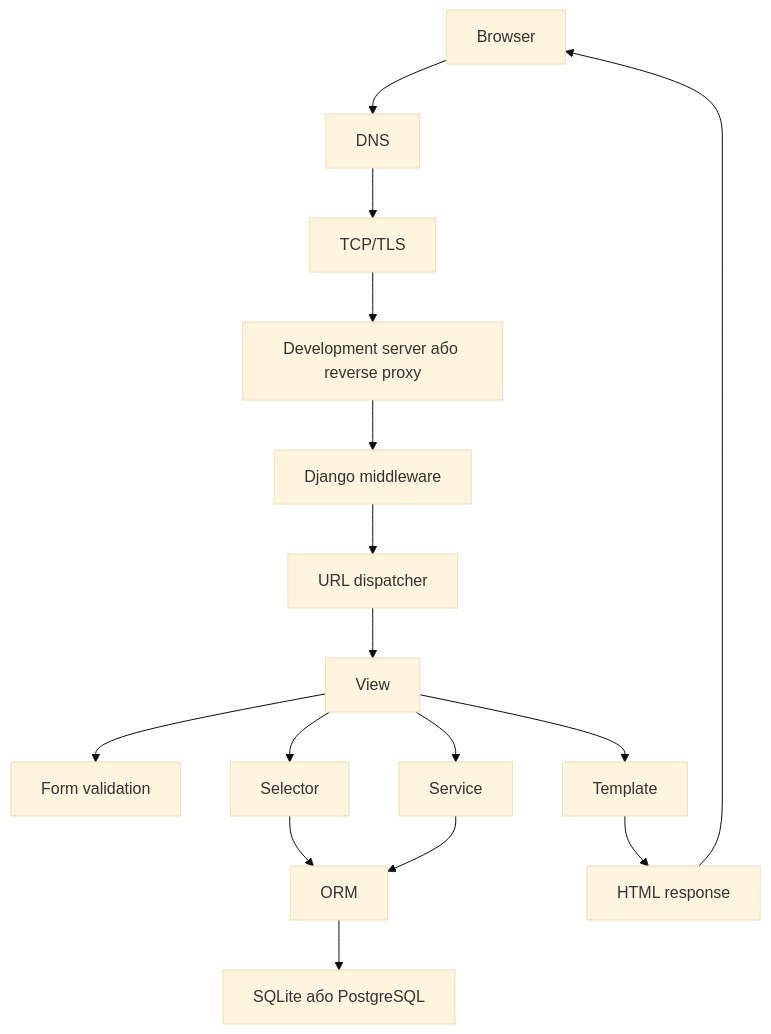
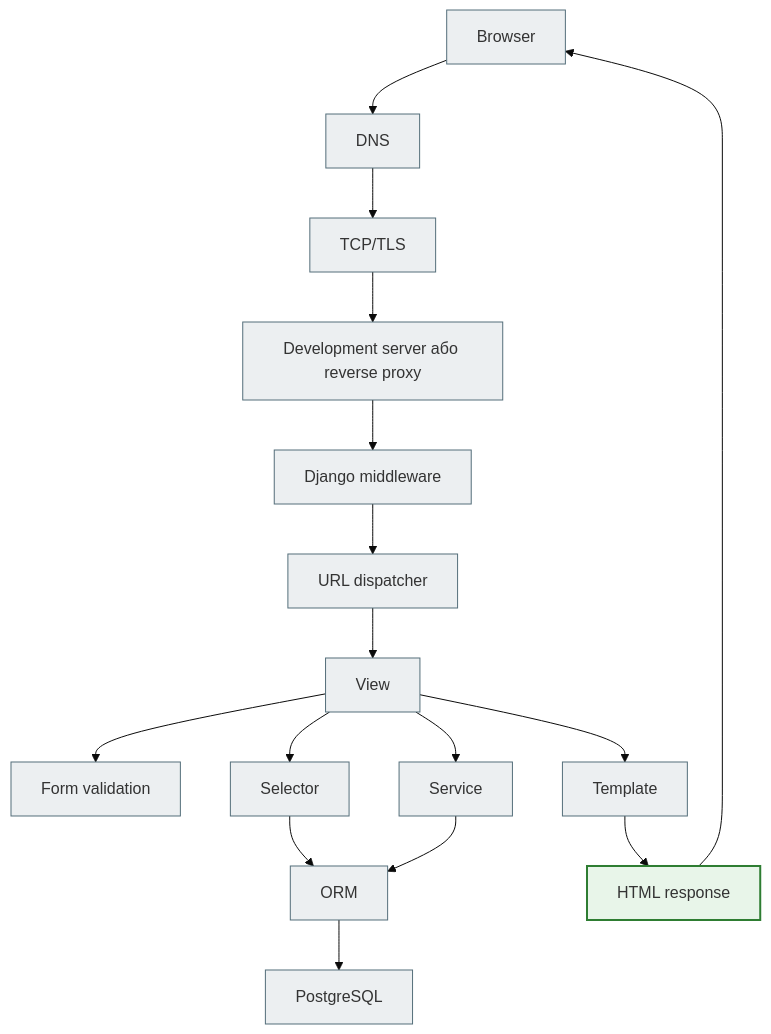
One commit to NikoriakViktot/notes_chat_app changed the first of 8 diagrams in docs/ARCHITECTURE.md. Above: the diagram before and after it, drawn with Mermaid (base theme). The commit also changed other lines of this file and 441 other files, not shown here.

First line of the commit message:
Add English version of the book, Mermaid standard, docs fixes

````diff
--- a/docs/ARCHITECTURE.md
+++ b/docs/ARCHITECTURE.md
@@ -7,18 +7,24 @@
 ```mermaid
 flowchart TD
     Browser["Browser"] --> DNS["DNS"]
     DNS --> TCP["TCP/TLS"]
     TCP --> Server["Development server або reverse proxy"]
     Server --> Middleware["Django middleware"]
     Middleware --> URLDispatcher["URL dispatcher"]
     URLDispatcher --> View["View"]
     View --> Form["Form validation"]
     View --> Selector["Selector"]
     View --> Service["Service"]
     Selector --> ORM["ORM"]
     Service --> ORM
-    ORM --> DB["SQLite або PostgreSQL"]
+    ORM --> DB["PostgreSQL"]
     View --> Template["Template"]
     Template --> Response["HTML response"]
     Response --> Browser
+
+    classDef step     fill:#eceff1,stroke:#546e7a,stroke-width:1px;
+    classDef success  fill:#e8f5e9,stroke:#2e7d32,stroke-width:2px;
+
+    class Browser,DNS,TCP,Server,Middleware,URLDispatcher,View,Form,Selector,Service,ORM,DB,Template step;
+    class Response success;
 ```
````
